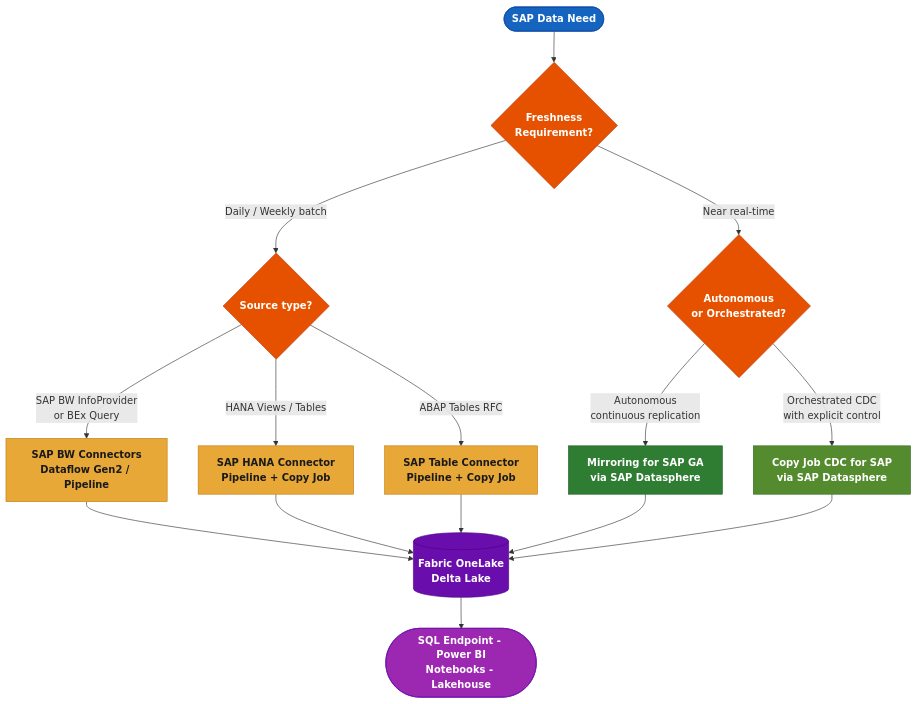
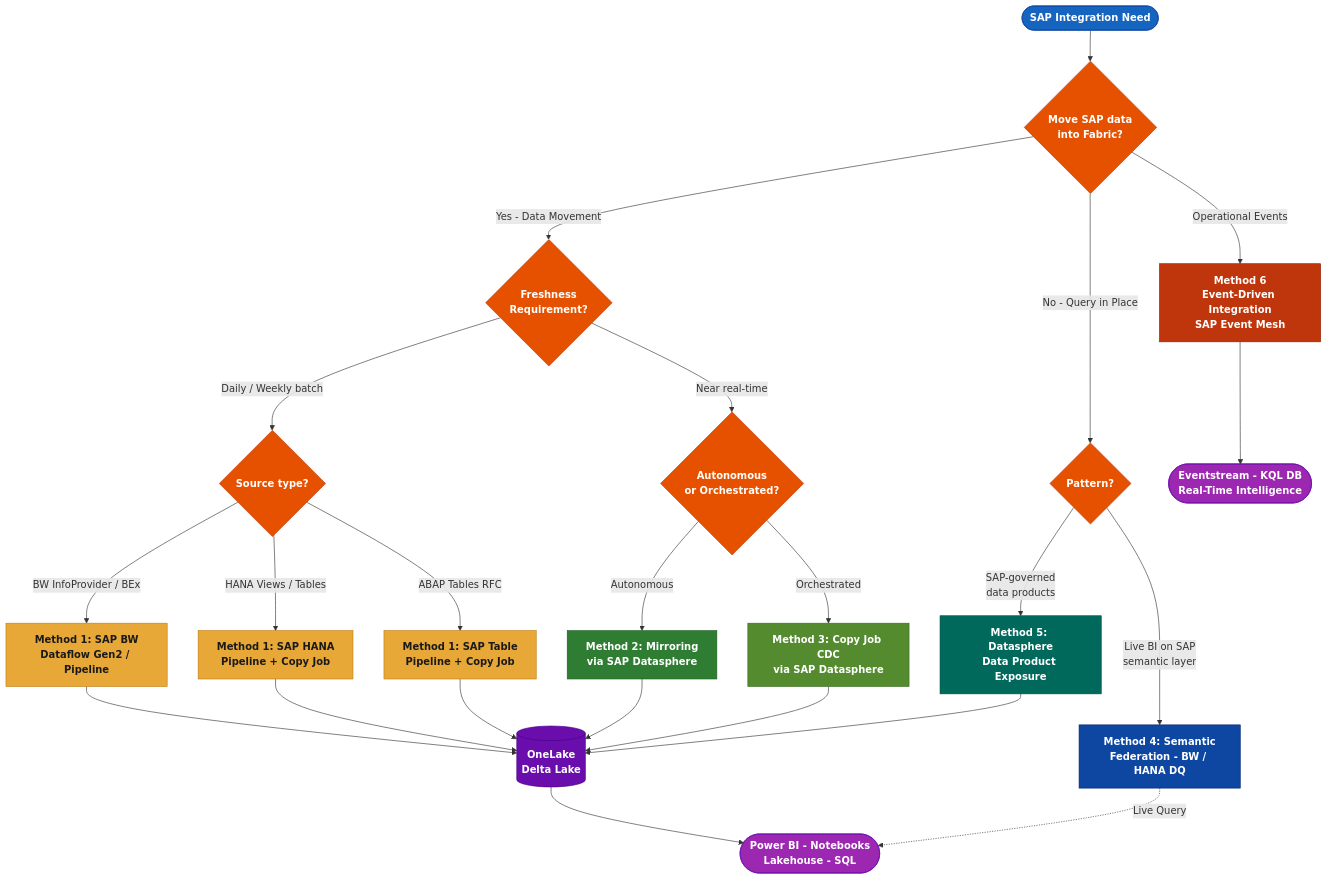
The eighth of 8 diagrams in SAP_Fabric_Connectivity.md (fredgis/fabric-foundry-kb), drawn with Mermaid before and after one commit. The commit also changed other lines of this file and 1 other file, not shown here.

First line of the commit message:
SAP guide: 6 methods including no-data-movement patterns

````diff
--- a/SAP_Fabric_Connectivity.md
+++ b/SAP_Fabric_Connectivity.md
@@ -324,35 +543,51 @@
 ```mermaid
 flowchart TD
-    A([SAP Data Need]) --> B{Freshness<br/>Requirement?}
+    A([SAP Integration Need]) --> B{Move SAP data<br/>into Fabric?}
 
-    B -->|Daily / Weekly batch| C{Source type?}
-    B -->|Near real-time| D{Autonomous<br/>or Orchestrated?}
+    B -->|Yes - Data Movement| C{Freshness<br/>Requirement?}
+    B -->|No - Query in Place| D{Pattern?}
+    B -->|Operational Events| M6[Method 6<br/>Event-Driven Integration<br/>SAP Event Mesh]
 
-    C -->|SAP BW InfoProvider<br/>or BEx Query| E[SAP BW Connectors<br/>Dataflow Gen2 / Pipeline]
-    C -->|HANA Views / Tables| F[SAP HANA Connector<br/>Pipeline + Copy Job]
-    C -->|ABAP Tables RFC| G[SAP Table Connector<br/>Pipeline + Copy Job]
+    C -->|Daily / Weekly batch| E{Source type?}
+    C -->|Near real-time| F{Autonomous<br/>or Orchestrated?}
 
-    D -->|Autonomous<br/>continuous replication| H[Mirroring for SAP GA<br/>via SAP Datasphere]
-    D -->|Orchestrated CDC<br/>with explicit control| I[Copy Job CDC for SAP<br/>via SAP Datasphere]
+    E -->|BW InfoProvider / BEx| G[Method 1: SAP BW<br/>Dataflow Gen2 / Pipeline]
+    E -->|HANA Views / Tables| H[Method 1: SAP HANA<br/>Pipeline + Copy Job]
+    E -->|ABAP Tables RFC| I[Method 1: SAP Table<br/>Pipeline + Copy Job]
 
-    E & F & G --> J[(Fabric OneLake<br/>Delta Lake)]
-    H --> J
-    I --> J
-    J --> K([SQL Endpoint - Power BI<br/>Notebooks - Lakehouse])
+    F -->|Autonomous| J[Method 2: Mirroring<br/>via SAP Datasphere]
+    F -->|Orchestrated| K[Method 3: Copy Job CDC<br/>via SAP Datasphere]
+
+    D -->|Live BI on SAP<br/>semantic layer| L[Method 4: Semantic<br/>Federation - BW / HANA DQ]
+    D -->|SAP-governed<br/>data products| M5[Method 5: Datasphere<br/>Data Product Exposure]
+
+    G & H & I --> N[(OneLake<br/>Delta Lake)]
+    J --> N
+    K --> N
+    M5 --> N
+    N --> O([Power BI - Notebooks<br/>Lakehouse - SQL])
+    L -.->|Live Query| O
+    M6 --> P([Eventstream - KQL DB<br/>Real-Time Intelligence])
 
     classDef start fill:#1565C0,stroke:#0D47A1,color:#ffffff,font-weight:bold
     classDef decision fill:#E65100,stroke:#BF360C,color:#ffffff,font-weight:bold
     classDef batchNode fill:#E8A838,stroke:#C07C10,color:#1a1a1a,font-weight:bold
     classDef mirrorNode fill:#2E7D32,stroke:#1B5E20,color:#ffffff,font-weight:bold
     classDef cdcNode fill:#558B2F,stroke:#33691E,color:#ffffff,font-weight:bold
+    classDef fedNode fill:#0D47A1,stroke:#002171,color:#ffffff,font-weight:bold
+    classDef dpNode fill:#00695C,stroke:#004D40,color:#ffffff,font-weight:bold
+    classDef evtNode fill:#BF360C,stroke:#8C2300,color:#ffffff,font-weight:bold
     classDef lakeNode fill:#6A0DAD,stroke:#4A0080,color:#ffffff,font-weight:bold
     classDef endNode fill:#9C27B0,stroke:#6A0DAD,color:#ffffff,font-weight:bold
 
     class A start
-    class B,C,D decision
-    class E,F,G batchNode
-    class H mirrorNode
-    class I cdcNode
-    class J lakeNode
-    class K endNode
+    class B,C,D,E,F decision
+    class G,H,I batchNode
+    class J mirrorNode
+    class K cdcNode
+    class L fedNode
+    class M5 dpNode
+    class M6 evtNode
+    class N lakeNode
+    class O,P endNode
 ```
````
